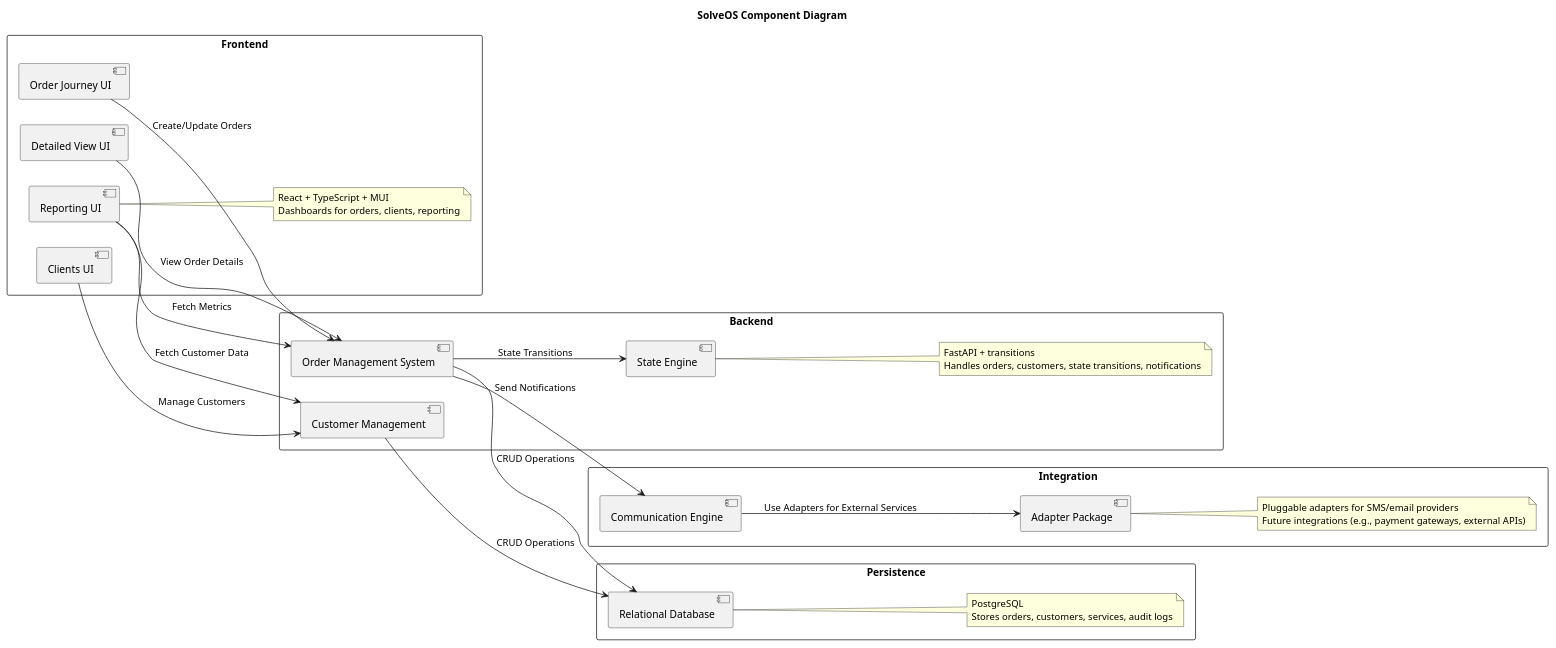
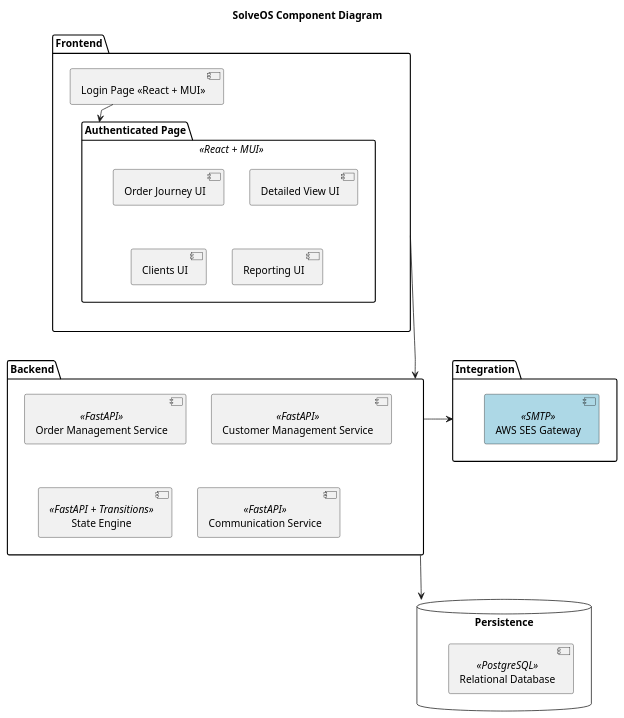
Before and after one commit to PSA-Department-of-Engineering/SolveOS: the diagram in README.md, drawn with PlantUML. The commit also changed other lines of this file, not shown here.

Commit message:
DEV :: Updated README

````diff
--- a/README.md
+++ b/README.md
@@ -85,47 +95,38 @@
 ```plantuml
 @startuml Component Diagram
-left to right direction
-skinparam packageStyle rect
+skinparam linetype polyline
 
 title SolveOS Component Diagram
 
 package "Frontend" {
-    [Order Journey UI] as OJUI
-    [Detailed View UI] as DVUI
-    [Clients UI] as CUI
-    [Reporting UI] as RUI
-    note right: React + TypeScript + MUI\nDashboards for orders, clients, reporting
+    [Login Page <<React + MUI>>] as Login
+    package "Authenticated Page" <<React + MUI>> as Auth {
+      [Order Journey UI] as OJUI
+      [Detailed View UI] as DVUI
+      [Clients UI] as CUI
+      [Reporting UI] as RUI
+    }
 }
 
 package "Backend" {
-    [Order Management System] as OMS
-    [Customer Management] as CM
-    [State Engine] as SE
-    note right: FastAPI + transitions\nHandles orders, customers, state transitions, notifications
+    [Order Management Service] <<FastAPI>> as OMS
+    [Customer Management Service] <<FastAPI>> as CM
+    [State Engine] <<FastAPI + Transitions>> as SE
+    [Communication Service] <<FastAPI>> as CE
 }
 
 package "Integration" {
-    [Communication Engine] as CE
-    [Adapter Package] as AP
-    note right: Pluggable adapters for SMS/email providers\nFuture integrations (e.g., payment gateways, external APIs)
+    [AWS SES Gateway] <<SMTP>> as SES #LightBlue
 }
 
-package "Persistence" {
-    [Relational Database] as DB
-    note right: PostgreSQL\nStores orders, customers, services, audit logs
+database "Persistence" {
+    [Relational Database] <<PostgreSQL>> as DB
 }
 
-OJUI --> OMS : Create/Update Orders
-DVUI --> OMS : View Order Details
-CUI --> CM : Manage Customers
-RUI --> OMS : Fetch Metrics
-RUI --> CM : Fetch Customer Data
-
-OMS --> SE : State Transitions
-OMS --> CE : Send Notifications
-CE --> AP : Use Adapters for External Services
-OMS --> DB : CRUD Operations
-CM --> DB : CRUD Operations
+Login -down-> Auth
+Frontend ---down-> Backend
+Backend -right-> Integration
+Backend ---down-> Persistence
 
 @enduml
 ```
````
